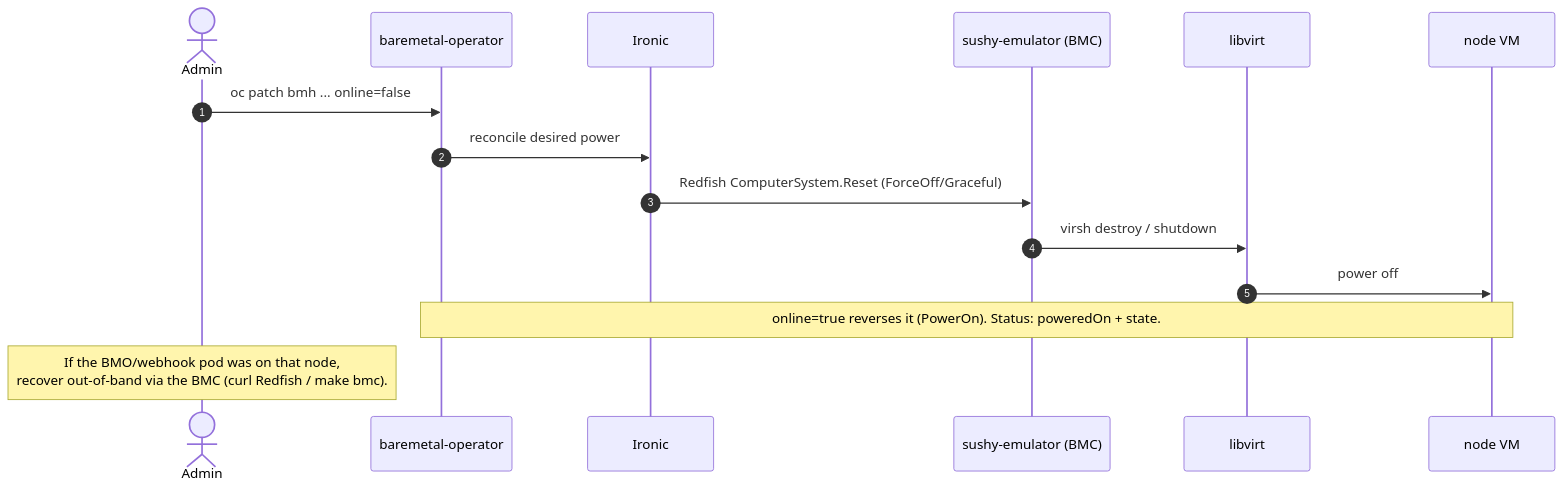
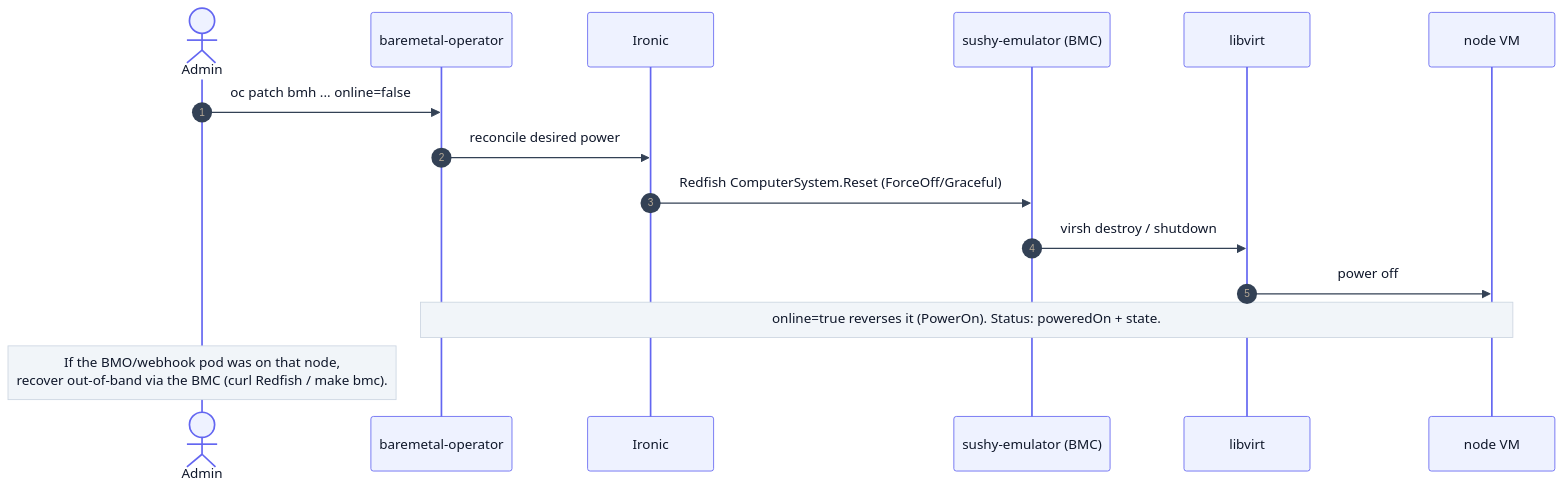
The ninth of 10 diagrams in docs/architecture.md (maci0/vmetal-openshift), drawn with Mermaid before and after one commit. The commit also changed other lines of this file and 6 other files, not shown here.

First line of the commit message:
docs: beautify all mermaid diagrams (clean theme, fix yellow subgraphs)

````diff
--- a/docs/architecture.md
+++ b/docs/architecture.md
@@ -383,18 +391,19 @@
 ```mermaid
+%%{init: {'theme':'base','themeVariables':{'fontFamily':'ui-sans-serif, system-ui, Segoe UI, Roboto, Helvetica, Arial, sans-serif','actorBkg':'#eef2ff','actorBorder':'#6366f1','actorTextColor':'#0f172a','noteBkgColor':'#f1f5f9','noteBorderColor':'#cbd5e1','noteTextColor':'#0f172a','lineColor':'#475569','signalColor':'#334155','signalTextColor':'#0f172a','labelBoxBkgColor':'#eef2ff','labelBoxBorderColor':'#6366f1'}}}%%
 sequenceDiagram
   autonumber
   actor U as Admin
   participant BMO as baremetal-operator
   participant IR as Ironic
   participant S as sushy-emulator (BMC)
   participant L as libvirt
   participant N as node VM
 
   U->>BMO: oc patch bmh ... online=false
   BMO->>IR: reconcile desired power
   IR->>S: Redfish ComputerSystem.Reset (ForceOff/Graceful)
   S->>L: virsh destroy / shutdown
   L->>N: power off
   Note over BMO,N: online=true reverses it (PowerOn). Status: poweredOn + state.
   Note over U: If the BMO/webhook pod was on that node,<br/>recover out-of-band via the BMC (curl Redfish / make bmc).
 ```
````
